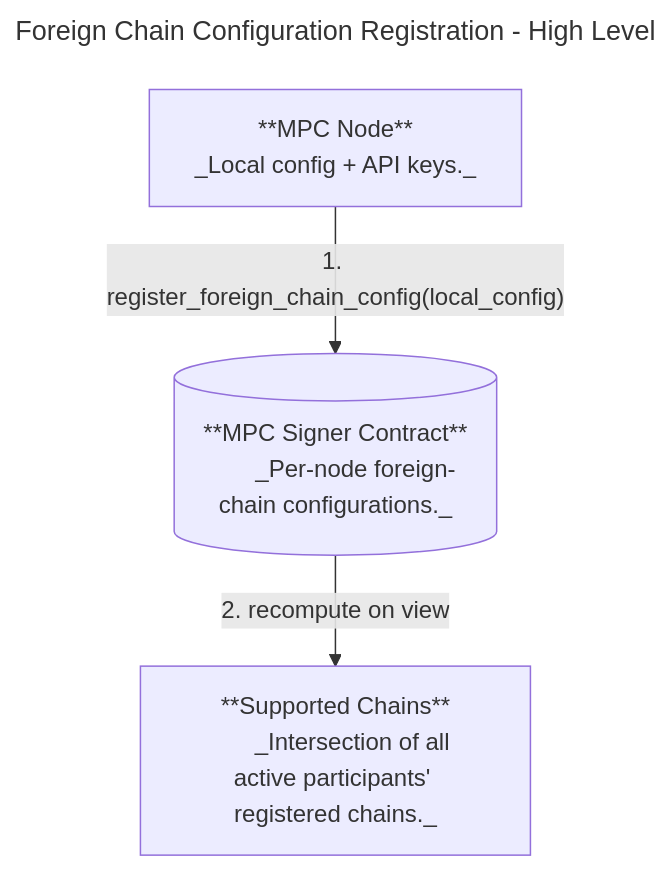
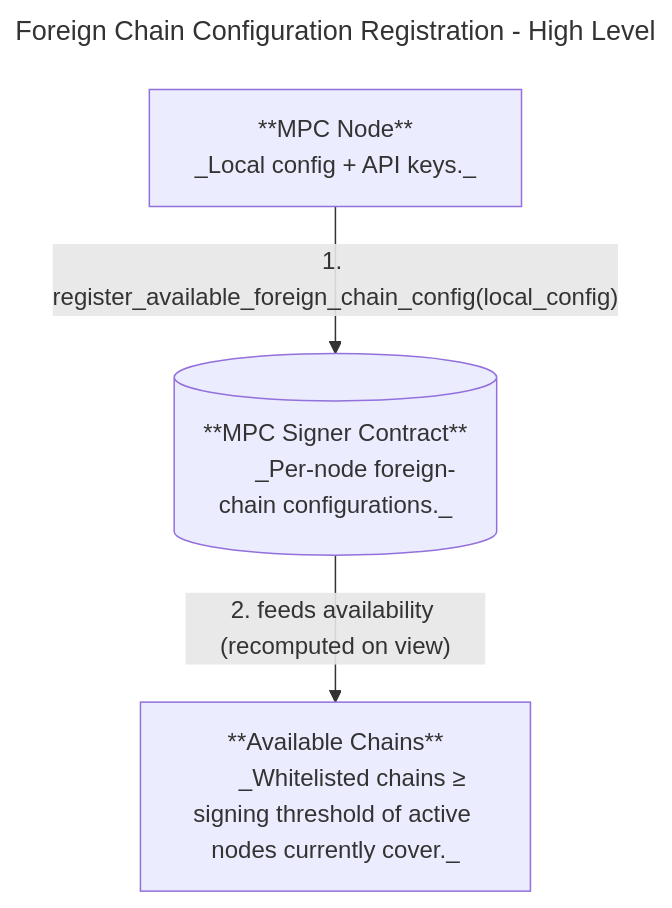
Before and after one commit to near/mpc: the second of 2 diagrams in docs/foreign-chain-transactions.md, drawn with Mermaid. The commit also changed other lines of this file and 2 other files, not shown here.

Commit message:
docs: propose different way of calculating supported foreign chain set (#3436)

````diff
--- a/docs/foreign-chain-transactions.md
+++ b/docs/foreign-chain-transactions.md
@@ -528,21 +565,21 @@
 ```mermaid
 ---
 title: Foreign Chain Configuration Registration - High Level
 ---
 flowchart TD
     NODE["**MPC Node**
       _Local config + API keys._"]
 
     SC["**MPC Signer Contract**
       _Per-node foreign-chain configurations._"]
 
-    SUPPORTED["**Supported Chains**
-      _Intersection of all active participants' registered chains._"]
+    AVAILABLE["**Available Chains**
+      _Whitelisted chains ≥ signing threshold of active nodes currently cover._"]
 
-    NODE -->|"1. register_foreign_chain_config(local_config)"| SC
-    SC -->|"2. recompute on view"| SUPPORTED
+    NODE -->|"1. register_available_foreign_chain_config(local_config)"| SC
+    SC -->|"2. feeds availability (recomputed on view)"| AVAILABLE
 
     NODE@{ shape: proc}
     SC@{ shape: db}
-    SUPPORTED@{ shape: proc}
+    AVAILABLE@{ shape: proc}
 ```
````
